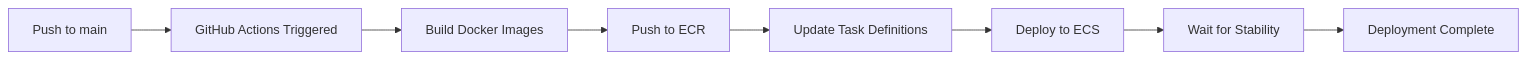
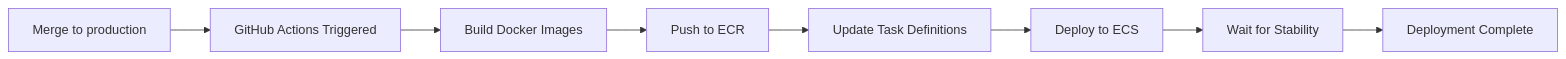
One commit to Roo0nnie/medFinder changed the diagram in DEPLOYMENT.md. Above: the diagram before and after it, drawn with Mermaid. The commit also changed other lines of this file and 1 other file, not shown here.

First line of the commit message:
chore: update deployment documentation and workflow for production branch

````diff
--- a/DEPLOYMENT.md
+++ b/DEPLOYMENT.md
@@ -152,10 +157,10 @@
 ```mermaid
 graph LR
-    A[Push to main] --> B[GitHub Actions Triggered]
+    A[Merge to production] --> B[GitHub Actions Triggered]
     B --> C[Build Docker Images]
     C --> D[Push to ECR]
     D --> E[Update Task Definitions]
     E --> F[Deploy to ECS]
     F --> G[Wait for Stability]
     G --> H[Deployment Complete]
 ```
````
